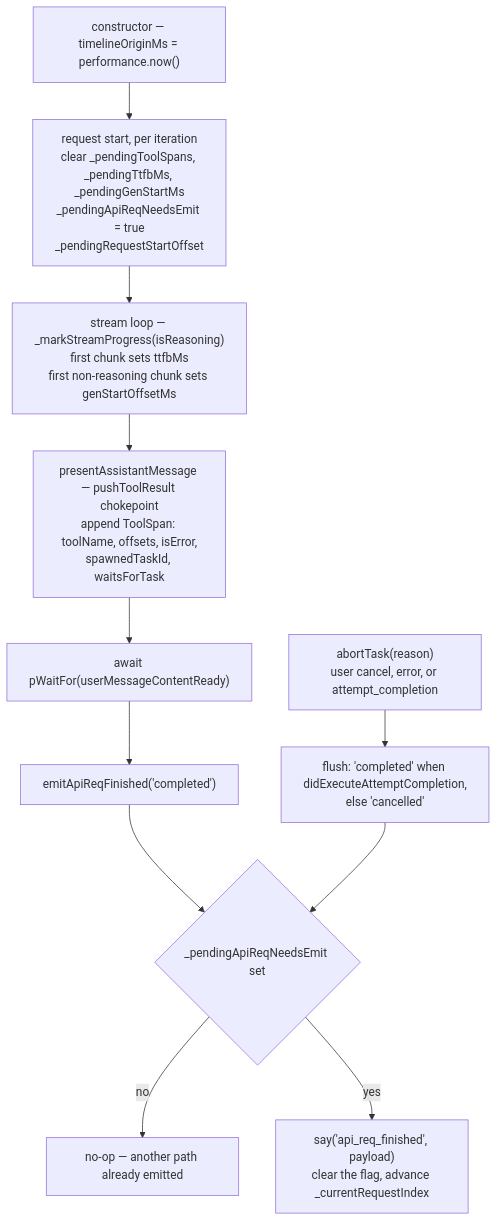
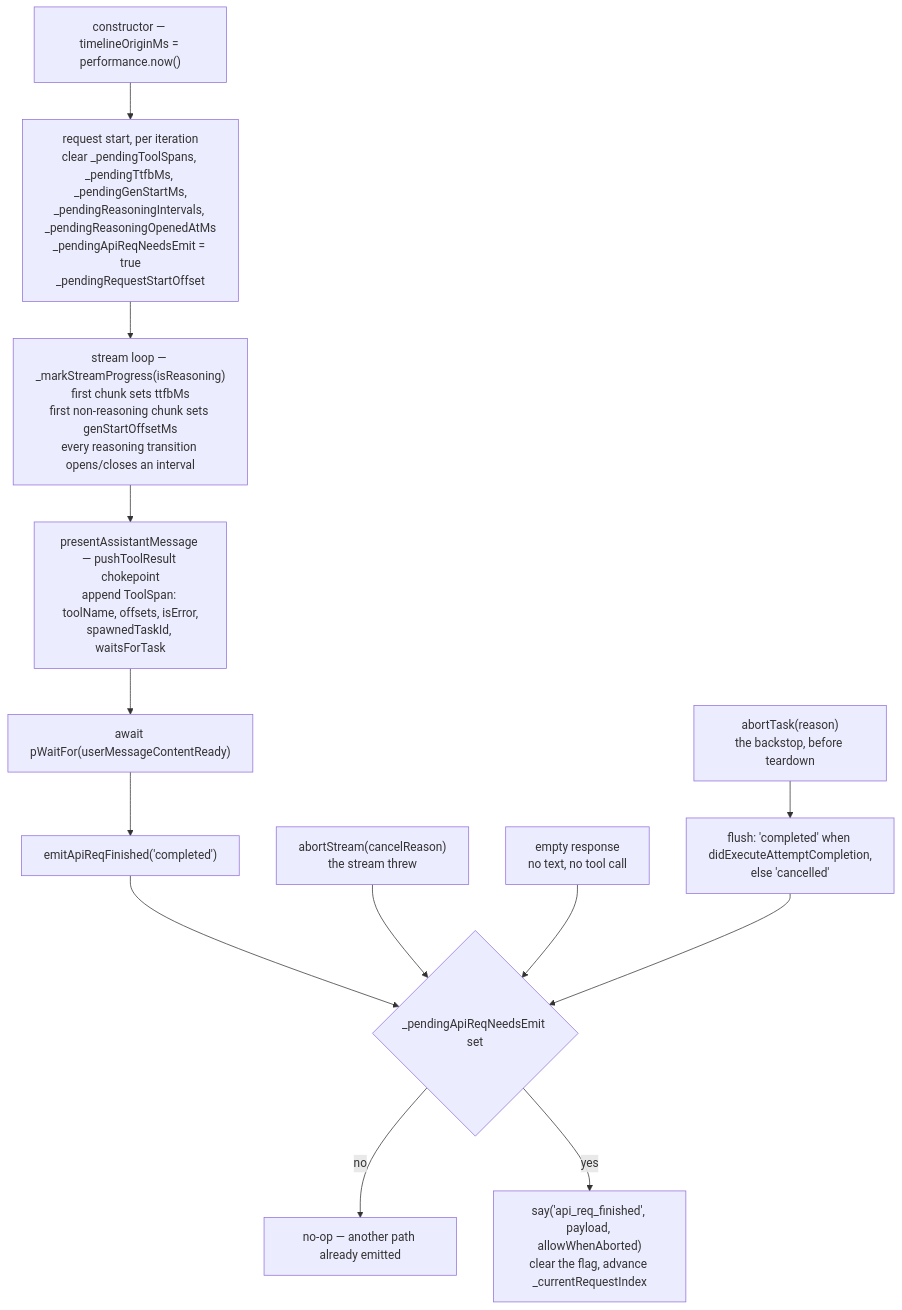
One commit to shofer-dev/shofer changed the second of 2 diagrams in docs/task_visualization.md. Above: the diagram before and after it, drawn with Mermaid. The commit also changed other lines of this file and 8 other files, not shown here.

````diff
--- a/docs/task_visualization.md
+++ b/docs/task_visualization.md
@@ -347,19 +347,23 @@
 ```mermaid
 flowchart TD
     C["constructor — timelineOriginMs = performance.now()"]
-    RS["request start, per iteration<br/>clear _pendingToolSpans, _pendingTtfbMs, _pendingGenStartMs<br/>_pendingApiReqNeedsEmit = true<br/>_pendingRequestStartOffset"]
-    SC["stream loop — _markStreamProgress(isReasoning)<br/>first chunk sets ttfbMs<br/>first non-reasoning chunk sets genStartOffsetMs"]
+    RS["request start, per iteration<br/>clear _pendingToolSpans, _pendingTtfbMs, _pendingGenStartMs,<br/>_pendingReasoningIntervals, _pendingReasoningOpenedAtMs<br/>_pendingApiReqNeedsEmit = true<br/>_pendingRequestStartOffset"]
+    SC["stream loop — _markStreamProgress(isReasoning)<br/>first chunk sets ttfbMs<br/>first non-reasoning chunk sets genStartOffsetMs<br/>every reasoning transition opens/closes an interval"]
     TS["presentAssistantMessage — pushToolResult chokepoint<br/>append ToolSpan: toolName, offsets, isError,<br/>spawnedTaskId, waitsForTask"]
     W["await pWaitFor(userMessageContentReady)"]
     N1["emitApiReqFinished('completed')"]
-    AB["abortTask(reason)<br/>user cancel, error, or attempt_completion"]
+    AS["abortStream(cancelReason)<br/>the stream threw"]
+    EMPTY["empty response<br/>no text, no tool call"]
+    AB["abortTask(reason)<br/>the backstop, before teardown"]
     N2["flush: 'completed' when didExecuteAttemptCompletion,<br/>else 'cancelled'"]
     G{"_pendingApiReqNeedsEmit set"}
     NO["no-op — another path already emitted"]
-    EM["say('api_req_finished', payload)<br/>clear the flag, advance _currentRequestIndex"]
+    EM["say('api_req_finished', payload, allowWhenAborted)<br/>clear the flag, advance _currentRequestIndex"]
 
     C --> RS --> SC --> TS --> W --> N1 --> G
+    AS --> G
+    EMPTY --> G
     AB --> N2 --> G
     G -->|no| NO
     G -->|yes| EM
 ```
````
